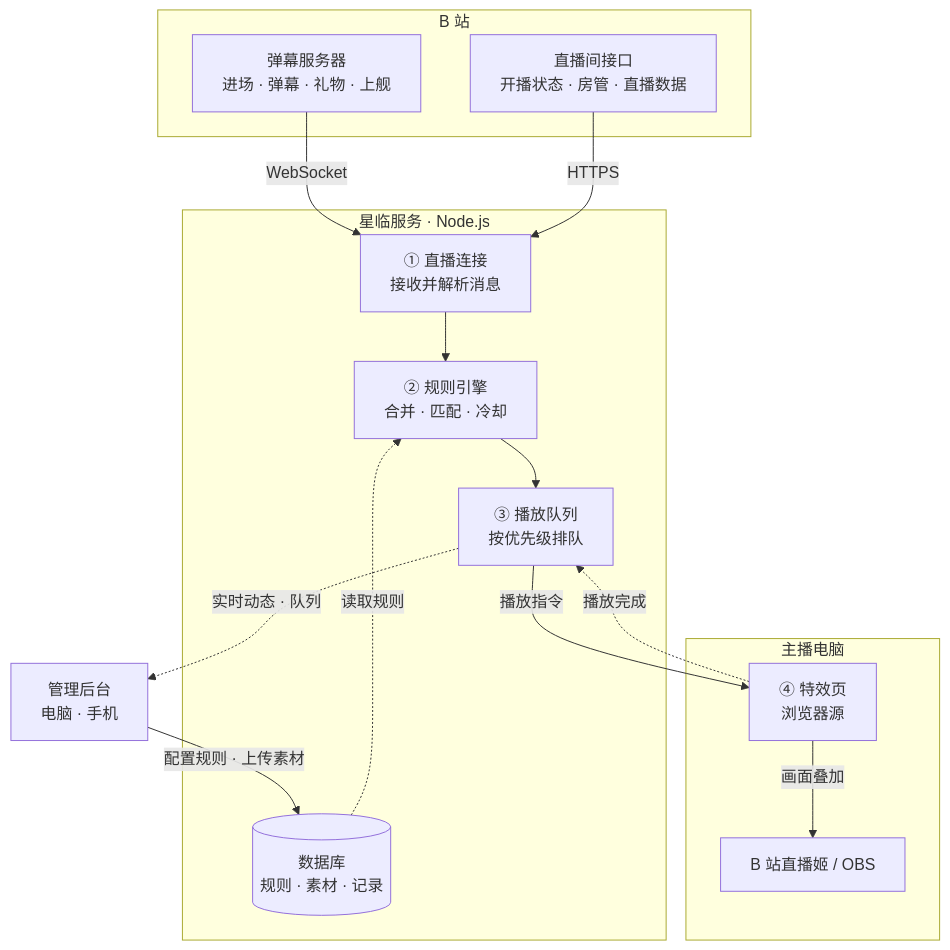
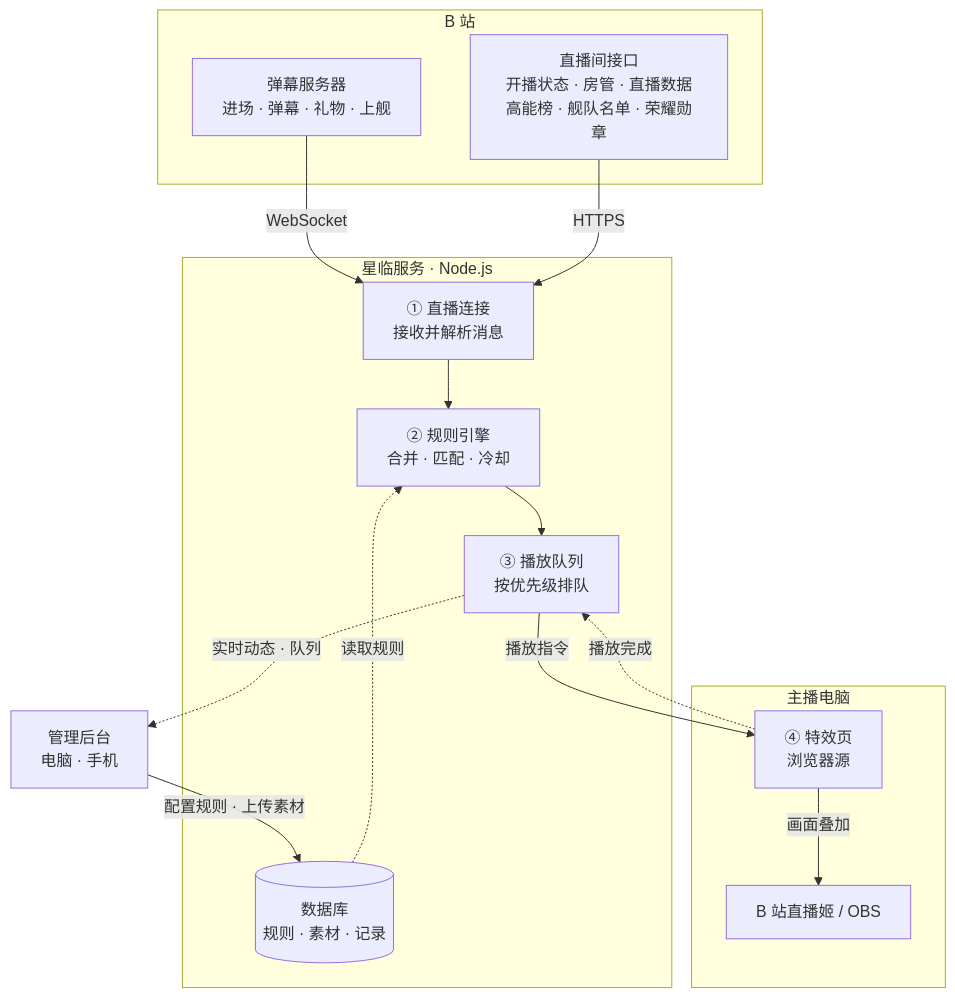
One commit to chrismaxluo/starfall changed the first of 3 diagrams in README.md. Above: the diagram before and after it, drawn with Mermaid. The commit also changed other lines of this file and 10 other files, not shown here.

Commit message:
README：换新截图（演示数据，只留总览和触发规则两张），介绍补上 v1.2.0 的功能，修正进场合并时间和测试数量；开播时间按主播时区显示；新增演示服务

````diff
--- a/README.md
+++ b/README.md
@@ -55,28 +52,28 @@
 ```mermaid
 flowchart TB
     subgraph BILI["B 站"]
         DM["弹幕服务器<br/>进场 · 弹幕 · 礼物 · 上舰"]
-        API["直播间接口<br/>开播状态 · 房管 · 直播数据"]
+        API["直播间接口<br/>开播状态 · 房管 · 直播数据<br/>高能榜 · 舰队名单 · 荣耀勋章"]
     end
     subgraph SERVER["星临服务 · Node.js"]
         LIVE["① 直播连接<br/>接收并解析消息"]
         RULE["② 规则引擎<br/>合并 · 匹配 · 冷却"]
         QUEUE["③ 播放队列<br/>按优先级排队"]
         DB[("数据库<br/>规则 · 素材 · 记录")]
     end
     subgraph PC["主播电脑"]
         OV["④ 特效页<br/>浏览器源"]
         APP["B 站直播姬 / OBS"]
     end
     ADMIN["管理后台<br/>电脑 · 手机"]
 
     DM -- WebSocket --> LIVE
     API -- HTTPS --> LIVE
     LIVE --> RULE --> QUEUE
     DB -. 读取规则 .-> RULE
     QUEUE -- 播放指令 --> OV
     OV -. 播放完成 .-> QUEUE
     OV -- 画面叠加 --> APP
     ADMIN -- 配置规则 · 上传素材 --> DB
     QUEUE -. 实时动态 · 队列 .-> ADMIN
 ```
````
